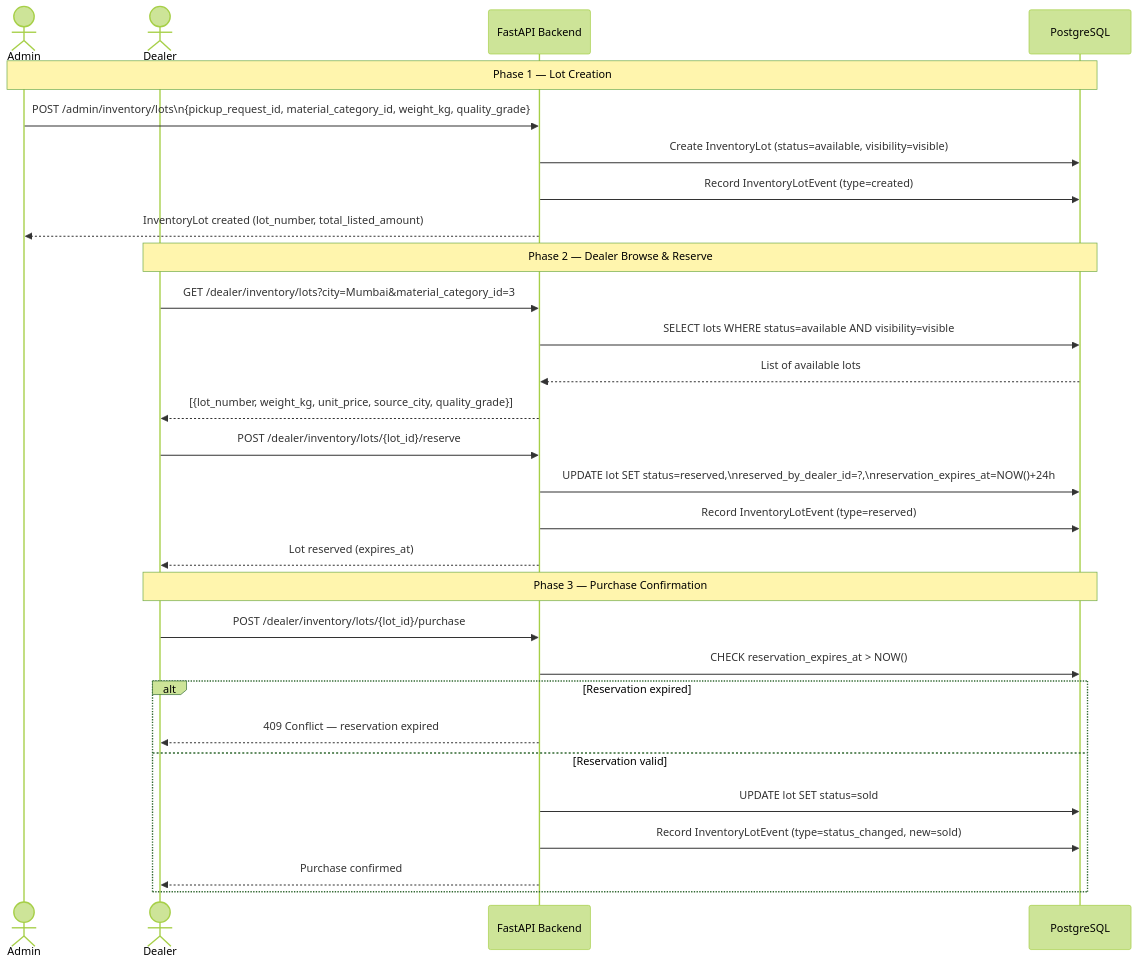
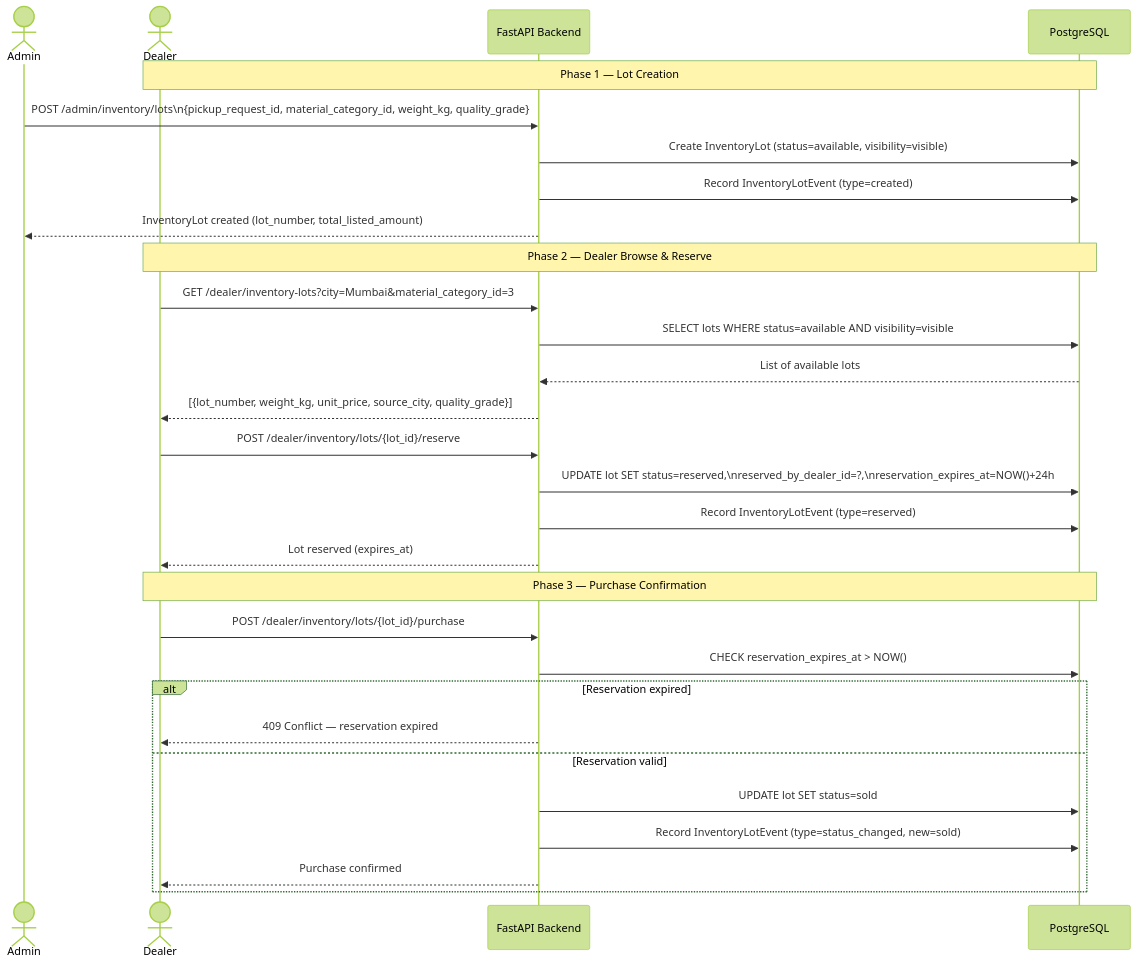
Before and after one commit to Subhajitdas99/waste-iq: the eighth of 11 diagrams in docs/SYSTEM_ARCHITECTURE.md, drawn with Mermaid (forest theme). The commit also changed other lines of this file and 45 other files, not shown here.

````diff
--- a/docs/SYSTEM_ARCHITECTURE.md
+++ b/docs/SYSTEM_ARCHITECTURE.md
@@ -309,35 +332,35 @@
 ```mermaid
 sequenceDiagram
     actor A as Admin
     actor D as Dealer
     participant BE as FastAPI Backend
     participant DB as PostgreSQL
 
-    Note over A,DB: Phase 1 — Lot Creation
+    Note over D,DB: Phase 1 — Lot Creation
     A->>BE: POST /admin/inventory/lots\n{pickup_request_id, material_category_id, weight_kg, quality_grade}
     BE->>DB: Create InventoryLot (status=available, visibility=visible)
     BE->>DB: Record InventoryLotEvent (type=created)
     BE-->>A: InventoryLot created (lot_number, total_listed_amount)
 
     Note over D,DB: Phase 2 — Dealer Browse & Reserve
-    D->>BE: GET /dealer/inventory/lots?city=Mumbai&material_category_id=3
+    D->>BE: GET /dealer/inventory-lots?city=Mumbai&material_category_id=3
     BE->>DB: SELECT lots WHERE status=available AND visibility=visible
     DB-->>BE: List of available lots
     BE-->>D: [{lot_number, weight_kg, unit_price, source_city, quality_grade}]
 
     D->>BE: POST /dealer/inventory/lots/{lot_id}/reserve
     BE->>DB: UPDATE lot SET status=reserved,\nreserved_by_dealer_id=?,\nreservation_expires_at=NOW()+24h
     BE->>DB: Record InventoryLotEvent (type=reserved)
     BE-->>D: Lot reserved (expires_at)
 
     Note over D,DB: Phase 3 — Purchase Confirmation
     D->>BE: POST /dealer/inventory/lots/{lot_id}/purchase
     BE->>DB: CHECK reservation_expires_at > NOW()
     alt Reservation expired
         BE-->>D: 409 Conflict — reservation expired
     else Reservation valid
         BE->>DB: UPDATE lot SET status=sold
         BE->>DB: Record InventoryLotEvent (type=status_changed, new=sold)
         BE-->>D: Purchase confirmed
     end
 ```
````
